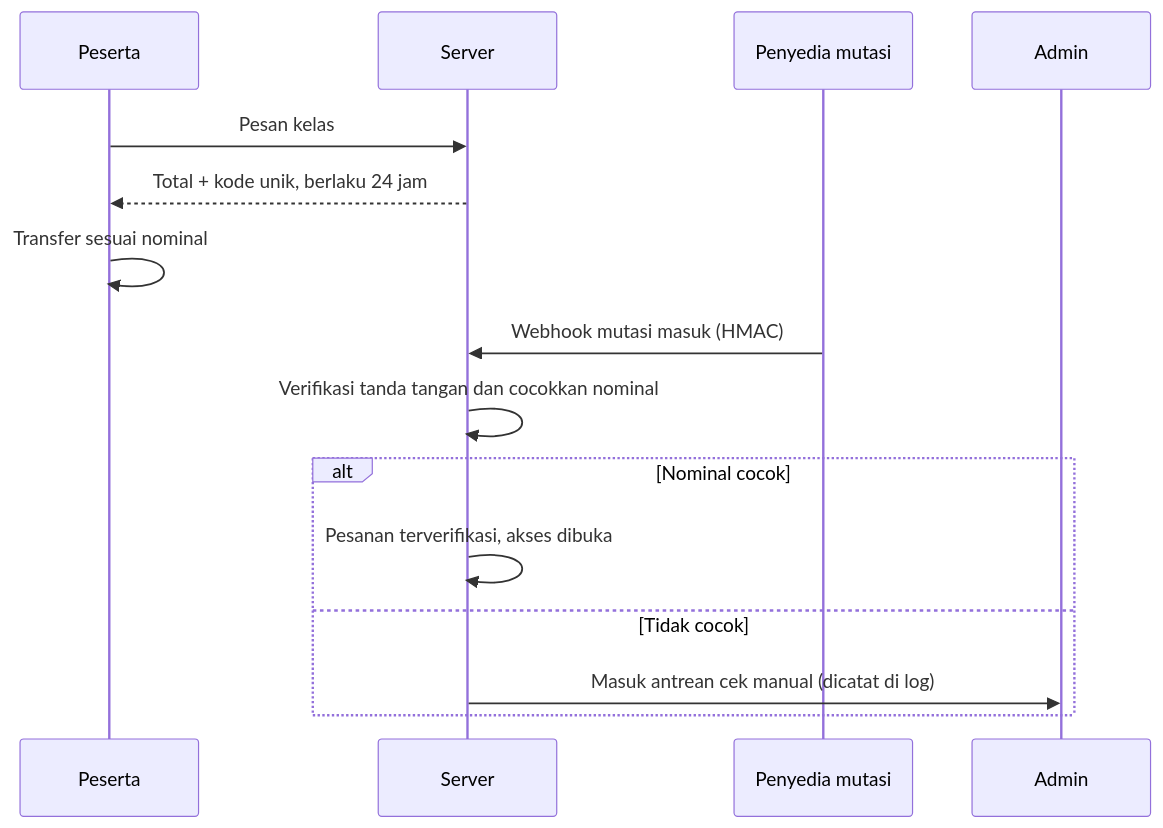
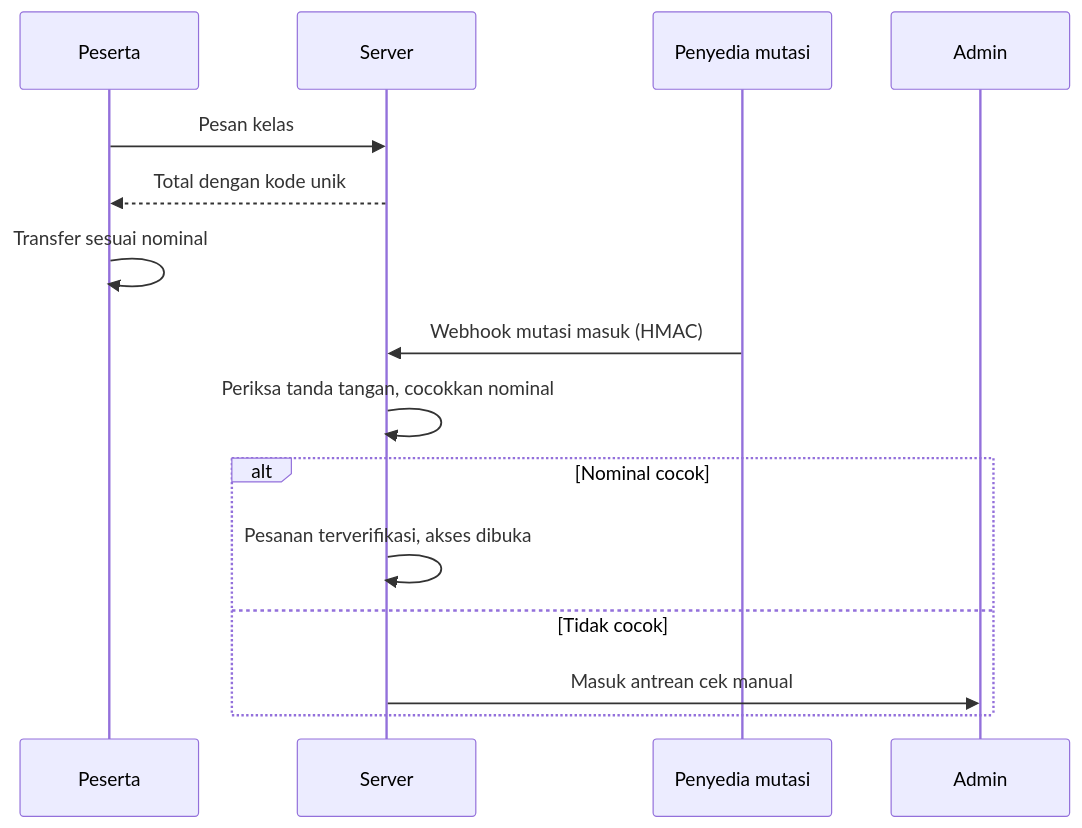
One commit to filodev0606-glitch/filodev0606-glitch changed the second of 3 diagrams in projects/platform-kelas-online.md. Above: the diagram before and after it, drawn with Mermaid. The commit also changed other lines of this file and 4 other files, not shown here.

````diff
--- a/projects/platform-kelas-online.md
+++ b/projects/platform-kelas-online.md
@@ -28,17 +28,17 @@
 ```mermaid
 sequenceDiagram
     participant P as Peserta
     participant S as Server
     participant M as Penyedia mutasi
     participant A as Admin
     P->>S: Pesan kelas
-    S-->>P: Total + kode unik, berlaku 24 jam
+    S-->>P: Total dengan kode unik
     P->>P: Transfer sesuai nominal
     M->>S: Webhook mutasi masuk (HMAC)
-    S->>S: Verifikasi tanda tangan dan cocokkan nominal
+    S->>S: Periksa tanda tangan, cocokkan nominal
     alt Nominal cocok
         S->>S: Pesanan terverifikasi, akses dibuka
     else Tidak cocok
-        S->>A: Masuk antrean cek manual (dicatat di log)
+        S->>A: Masuk antrean cek manual
     end
 ```
````
